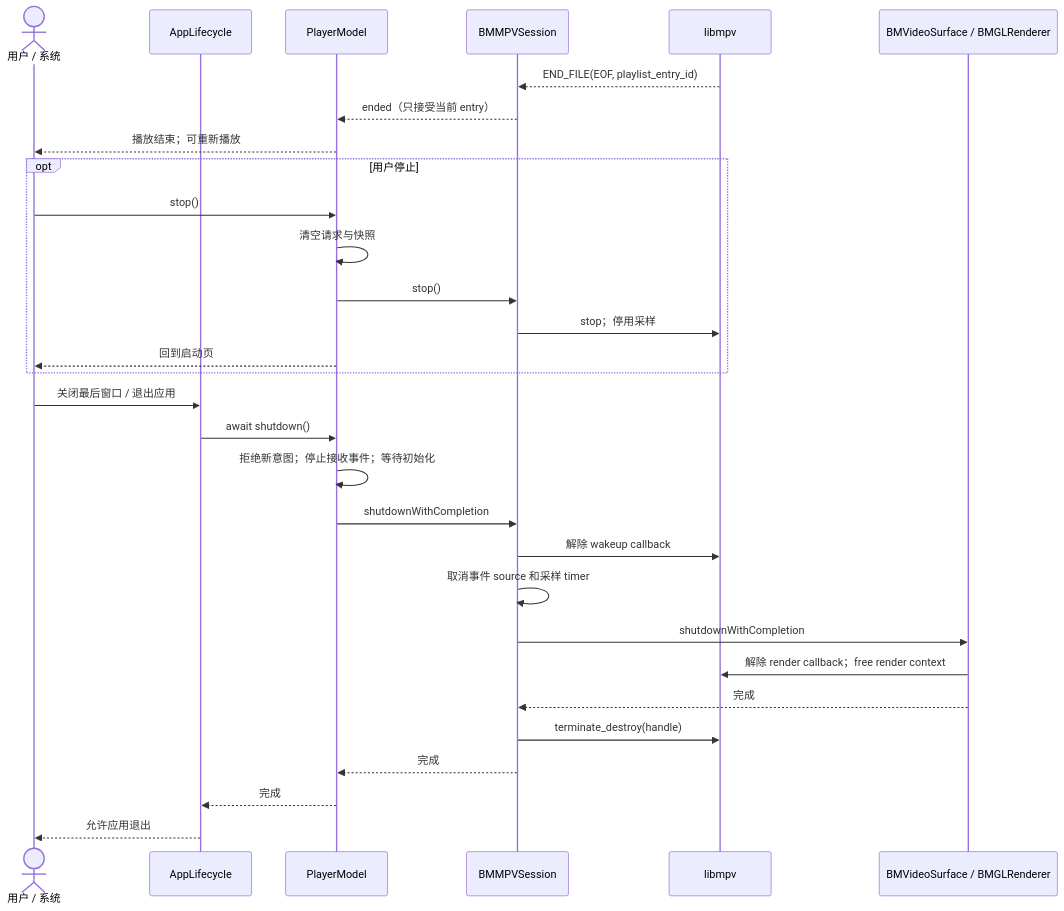
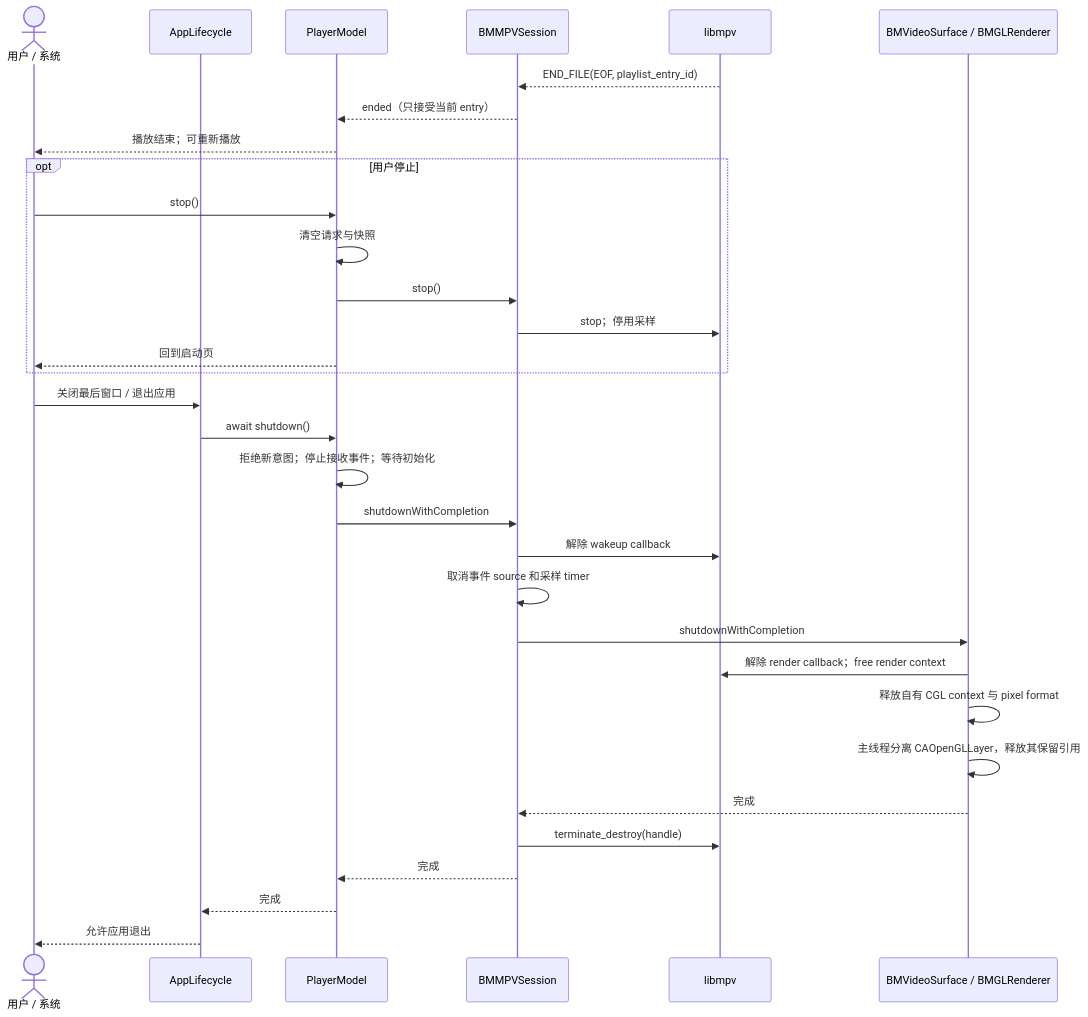
Before and after one commit to tech-zjf/Bomu: the fourth of 6 diagrams in docs/playback/native-poc/flow.md, drawn with Mermaid. The commit also changed other lines of this file and 241 other files, not shown here.

````diff
--- a/docs/playback/native-poc/flow.md
+++ b/docs/playback/native-poc/flow.md
@@ -142,32 +144,34 @@
 ```mermaid
 sequenceDiagram
     actor User as 用户 / 系统
     participant Lifecycle as AppLifecycle
     participant Model as PlayerModel
     participant Session as BMMPVSession
     participant MPV as libmpv
     participant Render as BMVideoSurface / BMGLRenderer
     MPV-->>Session: END_FILE(EOF, playlist_entry_id)
     Session-->>Model: ended（只接受当前 entry）
     Model-->>User: 播放结束；可重新播放
     opt 用户停止
         User->>Model: stop()
         Model->>Model: 清空请求与快照
         Model->>Session: stop()
         Session->>MPV: stop；停用采样
         Model-->>User: 回到启动页
     end
     User->>Lifecycle: 关闭最后窗口 / 退出应用
     Lifecycle->>Model: await shutdown()
     Model->>Model: 拒绝新意图；停止接收事件；等待初始化
     Model->>Session: shutdownWithCompletion
     Session->>MPV: 解除 wakeup callback
     Session->>Session: 取消事件 source 和采样 timer
     Session->>Render: shutdownWithCompletion
     Render->>MPV: 解除 render callback；free render context
+    Render->>Render: 释放自有 CGL context 与 pixel format
+    Render->>Render: 主线程分离 CAOpenGLLayer，释放其保留引用
     Render-->>Session: 完成
     Session->>MPV: terminate_destroy(handle)
     Session-->>Model: 完成
     Model-->>Lifecycle: 完成
     Lifecycle-->>User: 允许应用退出
 ```
````
